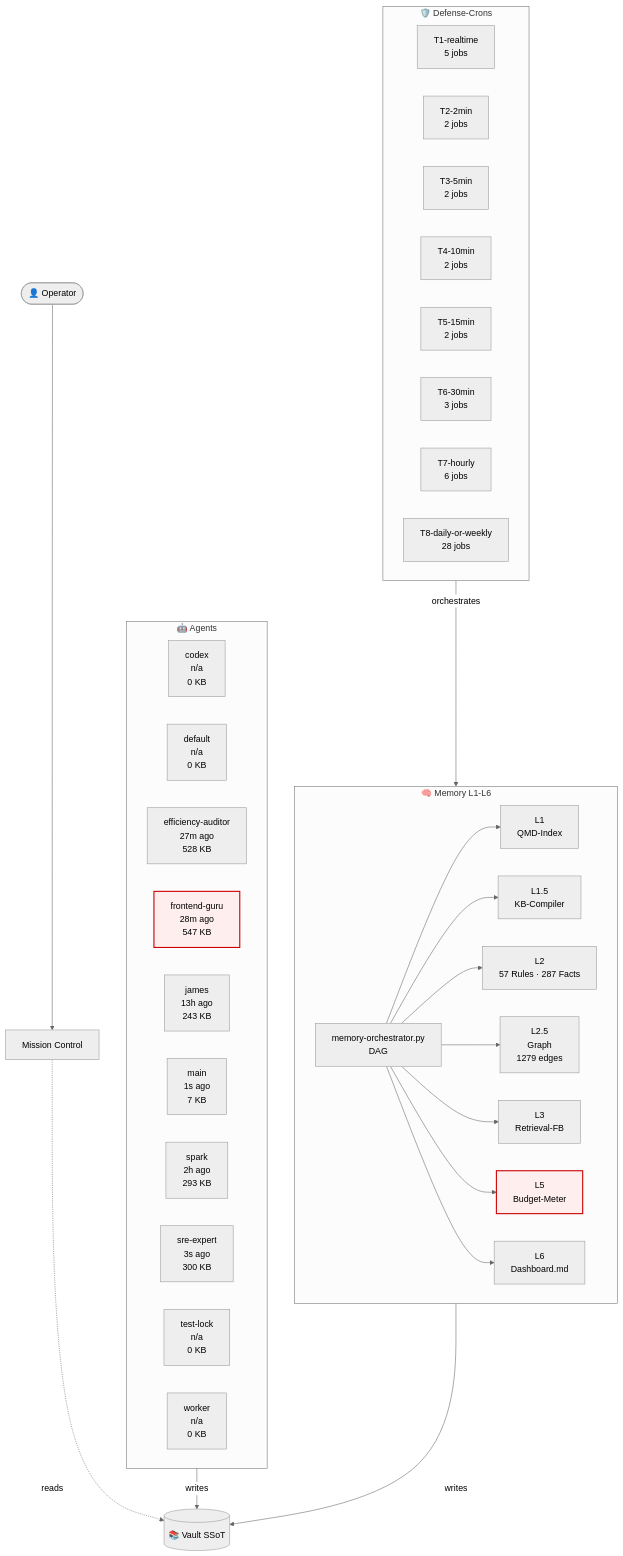
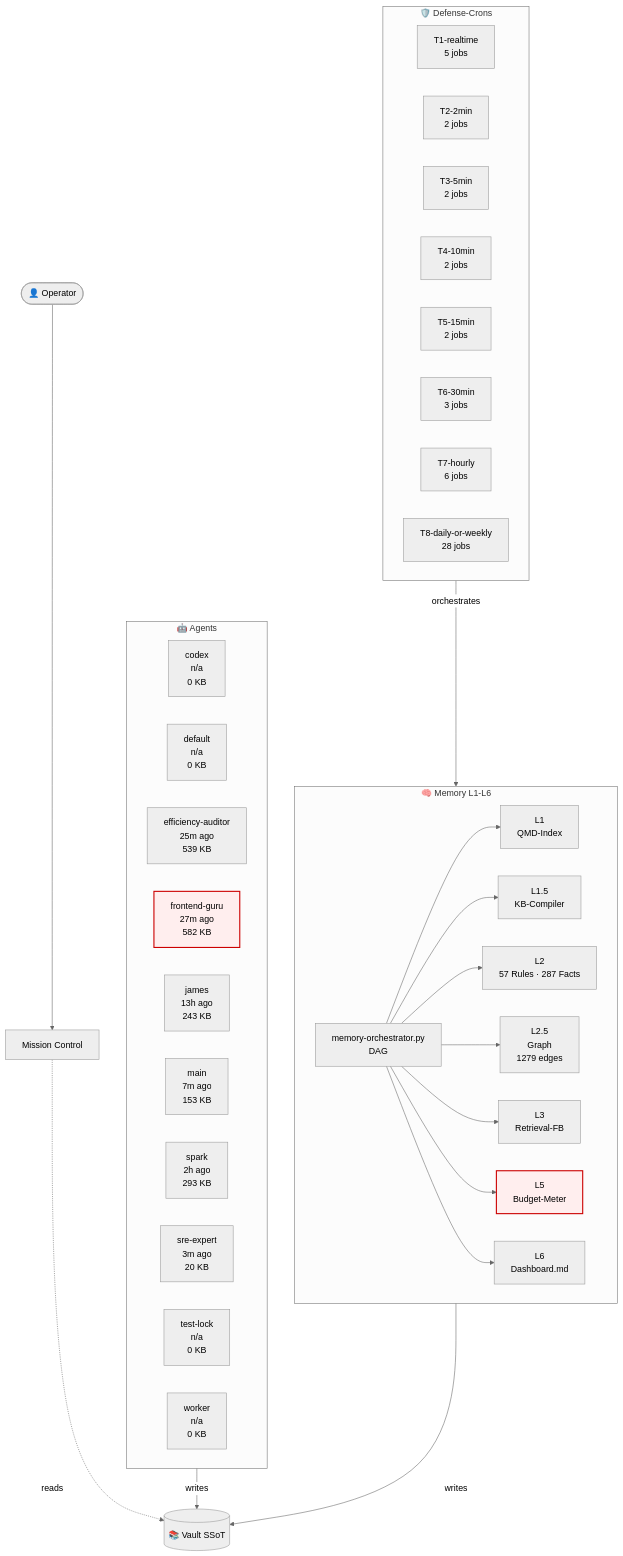
Before and after one commit to lenardhuebner88-rgb/openclaw-memory: the diagram in 03-Agents/architecture-live.md, drawn with Mermaid (neutral theme). The commit also changed other lines of this file and 28 other files, not shown here.

````diff
--- a/03-Agents/architecture-live.md
+++ b/03-Agents/architecture-live.md
@@ -18,53 +18,53 @@
 ```mermaid
 flowchart TB
     classDef critical fill:#fee,stroke:#c00,stroke-width:2px;
     subgraph AGT["🤖 Agents"]
         agent_codex["codex<br/>n/a<br/>0 KB"]
         agent_default["default<br/>n/a<br/>0 KB"]
-        agent_efficiency_auditor["efficiency-auditor<br/>27m ago<br/>528 KB"]
-        agent_frontend_guru["frontend-guru<br/>28m ago<br/>547 KB"]
+        agent_efficiency_auditor["efficiency-auditor<br/>25m ago<br/>539 KB"]
+        agent_frontend_guru["frontend-guru<br/>27m ago<br/>582 KB"]
         agent_james["james<br/>13h ago<br/>243 KB"]
-        agent_main["main<br/>1s ago<br/>7 KB"]
+        agent_main["main<br/>7m ago<br/>153 KB"]
         agent_spark["spark<br/>2h ago<br/>293 KB"]
-        agent_sre_expert["sre-expert<br/>3s ago<br/>300 KB"]
+        agent_sre_expert["sre-expert<br/>3m ago<br/>20 KB"]
         agent_test_lock["test-lock<br/>n/a<br/>0 KB"]
         agent_worker["worker<br/>n/a<br/>0 KB"]
     end
     subgraph MEM["🧠 Memory L1-L6"]
         L1["L1<br/>QMD-Index"]
         L15["L1.5<br/>KB-Compiler"]
         L2["L2<br/>57 Rules · 287 Facts"]
         L25["L2.5<br/>Graph<br/>1279 edges"]
         L3["L3<br/>Retrieval-FB"]
         L5["L5<br/>Budget-Meter"]
         L6["L6<br/>Dashboard.md"]
         ORCH["memory-orchestrator.py<br/>DAG"]
     end
     subgraph CRN["🛡️ Defense-Crons"]
         tier_T1_realtime["T1-realtime<br/>5 jobs"]
         tier_T2_2min["T2-2min<br/>2 jobs"]
         tier_T3_5min["T3-5min<br/>2 jobs"]
         tier_T4_10min["T4-10min<br/>2 jobs"]
         tier_T5_15min["T5-15min<br/>2 jobs"]
         tier_T6_30min["T6-30min<br/>3 jobs"]
         tier_T7_hourly["T7-hourly<br/>6 jobs"]
         tier_T8_daily_or_weekly["T8-daily-or-weekly<br/>28 jobs"]
     end
     VAULT[("📚 Vault SSoT")]
     OP([👤 Operator])
     MC["Mission Control"]
     OP --> MC
     MC -.reads.-> VAULT
     AGT -->|writes| VAULT
     MEM -->|writes| VAULT
     ORCH --> L1
     ORCH --> L15
     ORCH --> L2
     ORCH --> L25
     ORCH --> L3
     ORCH --> L5
     ORCH --> L6
     CRN -->|orchestrates| MEM
     class L5 critical
     class agent_frontend_guru critical
 ```
````
